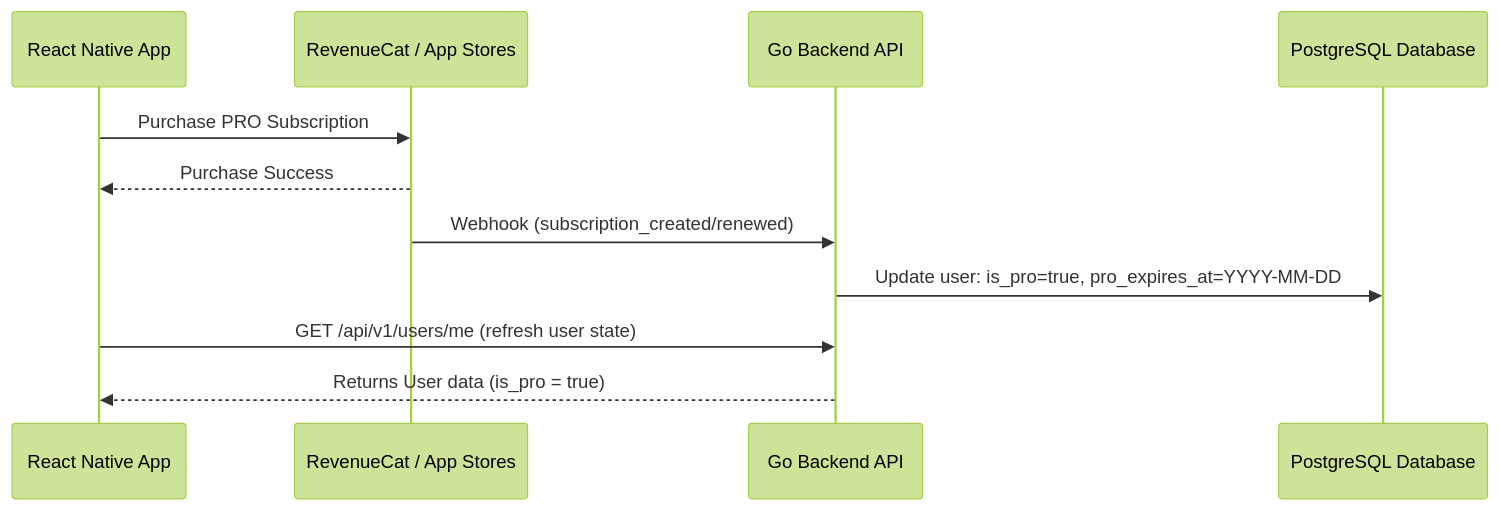
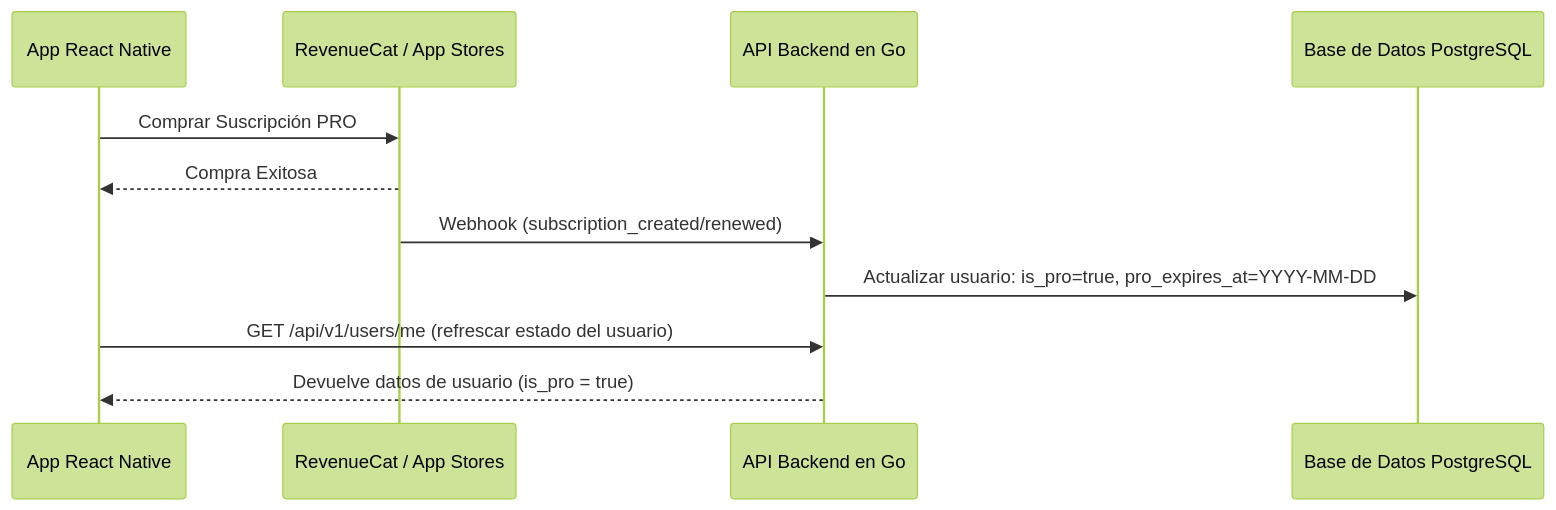
The diagram in docs/PRO_PLAN.md (victorgomez09/ski-tracker), drawn with Mermaid (forest theme) before and after one commit. The commit also changed other lines of this file and 19 other files, not shown here.

````diff
--- a/docs/PRO_PLAN.md
+++ b/docs/PRO_PLAN.md
@@ -52,14 +52,14 @@
 ```mermaid
 sequenceDiagram
-    participant Client as React Native App
+    participant Client as App React Native
     participant RC as RevenueCat / App Stores
-    participant API as Go Backend API
-    participant DB as PostgreSQL Database
+    participant API as API Backend en Go
+    participant DB as Base de Datos PostgreSQL
 
-    Client->>RC: Purchase PRO Subscription
-    RC-->>Client: Purchase Success
+    Client->>RC: Comprar Suscripción PRO
+    RC-->>Client: Compra Exitosa
     RC->>API: Webhook (subscription_created/renewed)
-    API->>DB: Update user: is_pro=true, pro_expires_at=YYYY-MM-DD
-    Client->>API: GET /api/v1/users/me (refresh user state)
-    API-->>Client: Returns User data (is_pro = true)
+    API->>DB: Actualizar usuario: is_pro=true, pro_expires_at=YYYY-MM-DD
+    Client->>API: GET /api/v1/users/me (refrescar estado del usuario)
+    API-->>Client: Devuelve datos de usuario (is_pro = true)
 ```
````
